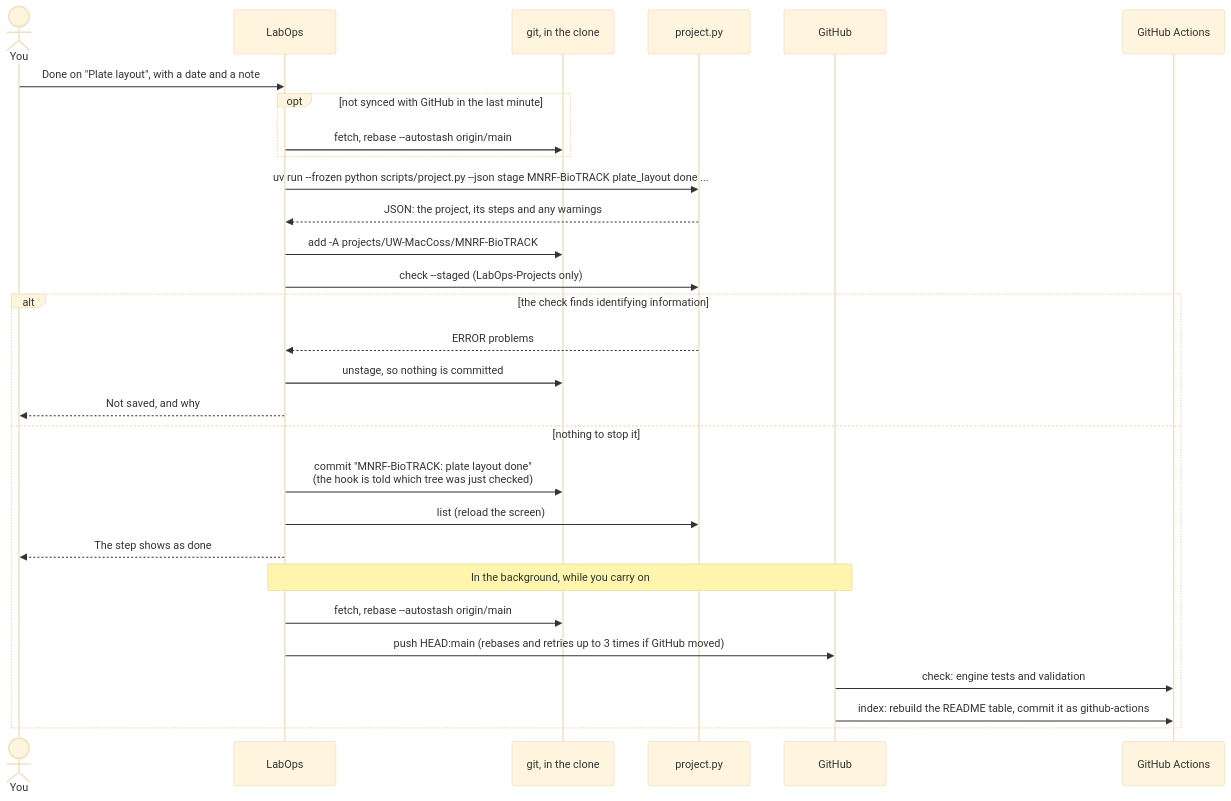
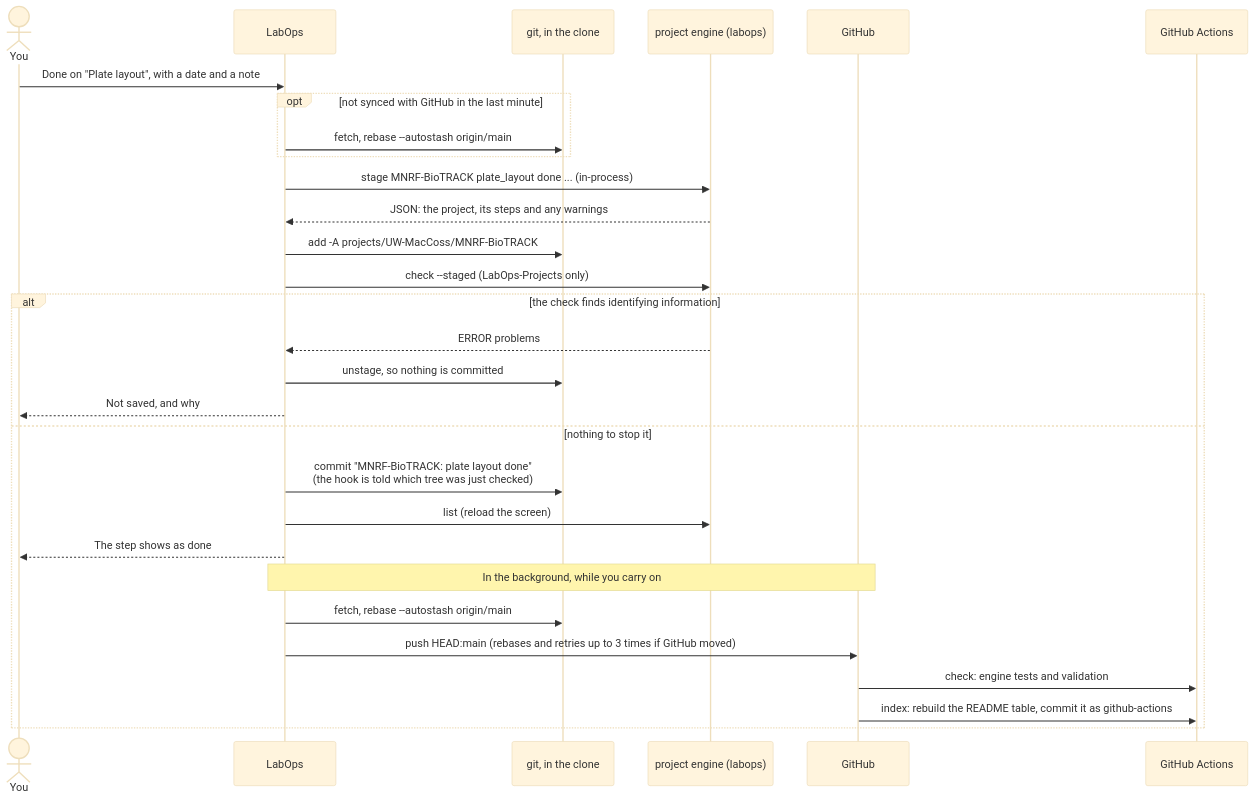
The first of 9 diagrams in docs/flows.md (uw-maccosslab/LabOps), drawn with Mermaid (base theme) before and after one commit. The commit also changed other lines of this file and 11 other files, not shown here.

First line of the commit message:
Remove the LABOPS_PROJECT_ENGINE=python fallback

````diff
--- a/docs/flows.md
+++ b/docs/flows.md
@@ -20,32 +20,32 @@
 ```mermaid
 sequenceDiagram
     actor You
     participant App as LabOps
     participant Git as git, in the clone
-    participant Engine as project.py
+    participant Engine as project engine (labops)
     participant GitHub
     participant Actions as GitHub Actions
 
     You->>App: Done on "Plate layout", with a date and a note
     opt not synced with GitHub in the last minute
         App->>Git: fetch, rebase --autostash origin/main
     end
-    App->>Engine: uv run --frozen python scripts/project.py --json stage MNRF-BioTRACK plate_layout done ...
+    App->>Engine: stage MNRF-BioTRACK plate_layout done ... (in-process)
     Engine-->>App: JSON: the project, its steps and any warnings
     App->>Git: add -A projects/UW-MacCoss/MNRF-BioTRACK
     App->>Engine: check --staged (LabOps-Projects only)
     alt the check finds identifying information
         Engine-->>App: ERROR problems
         App->>Git: unstage, so nothing is committed
         App-->>You: Not saved, and why
     else nothing to stop it
         App->>Git: commit "MNRF-BioTRACK: plate layout done"<br/>(the hook is told which tree was just checked)
         App->>Engine: list (reload the screen)
         App-->>You: The step shows as done
         Note over App,GitHub: In the background, while you carry on
         App->>Git: fetch, rebase --autostash origin/main
         App->>GitHub: push HEAD:main (rebases and retries up to 3 times if GitHub moved)
         GitHub->>Actions: check: engine tests and validation
         GitHub->>Actions: index: rebuild the README table, commit it as github-actions
     end
 ```
````
